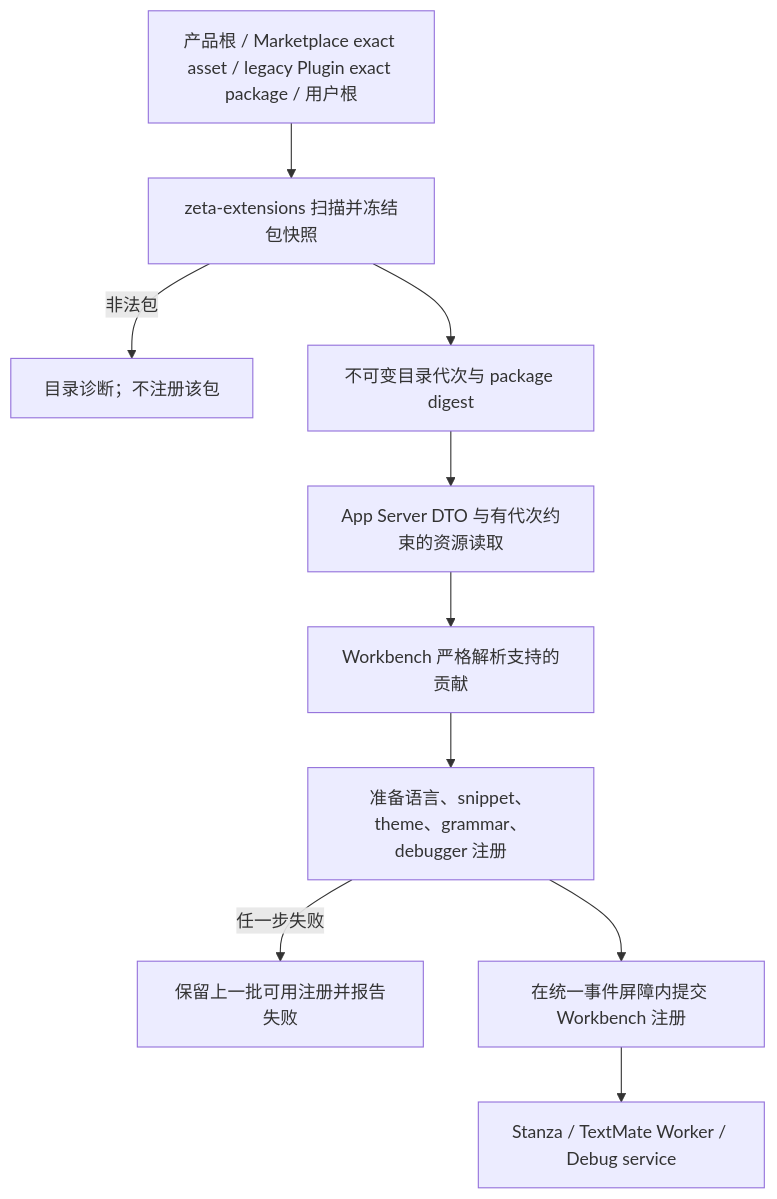
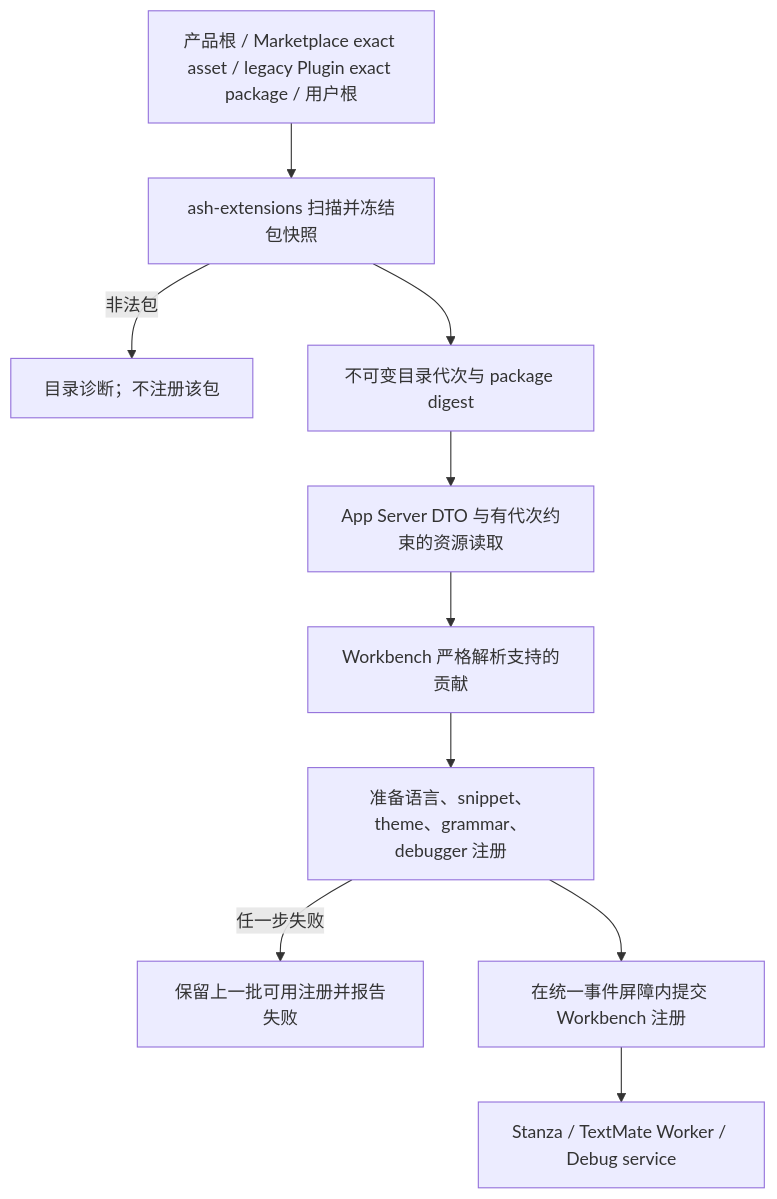
Before and after one commit to chogng/zeta: the first of 2 diagrams in docs/editor-extensions.md, drawn with Mermaid. The commit also changed other lines of this file and 7718 other files, not shown here.

Commit message:
refactor: rename zeta to ash

````diff
--- a/docs/editor-extensions.md
+++ b/docs/editor-extensions.md
@@ -48,12 +48,12 @@
 ```mermaid
 flowchart TD
-    package["产品根 / Marketplace exact asset / legacy Plugin exact package / 用户根"] --> scan["zeta-extensions 扫描并冻结包快照"]
+    package["产品根 / Marketplace exact asset / legacy Plugin exact package / 用户根"] --> scan["ash-extensions 扫描并冻结包快照"]
     scan -->|非法包| diagnostic["目录诊断；不注册该包"]
     scan --> catalog["不可变目录代次与 package digest"]
     catalog --> protocol["App Server DTO 与有代次约束的资源读取"]
     protocol --> parse["Workbench 严格解析支持的贡献"]
     parse --> prepare["准备语言、snippet、theme、grammar、debugger 注册"]
     prepare -->|任一步失败| previous["保留上一批可用注册并报告失败"]
     prepare --> commit["在统一事件屏障内提交 Workbench 注册"]
     commit --> consumers["Stanza / TextMate Worker / Debug service"]
 ```
````
